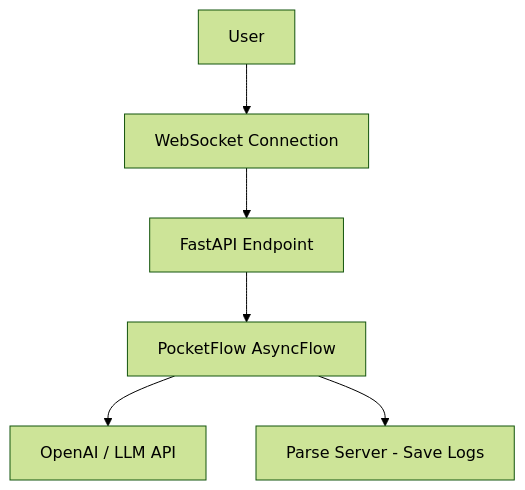
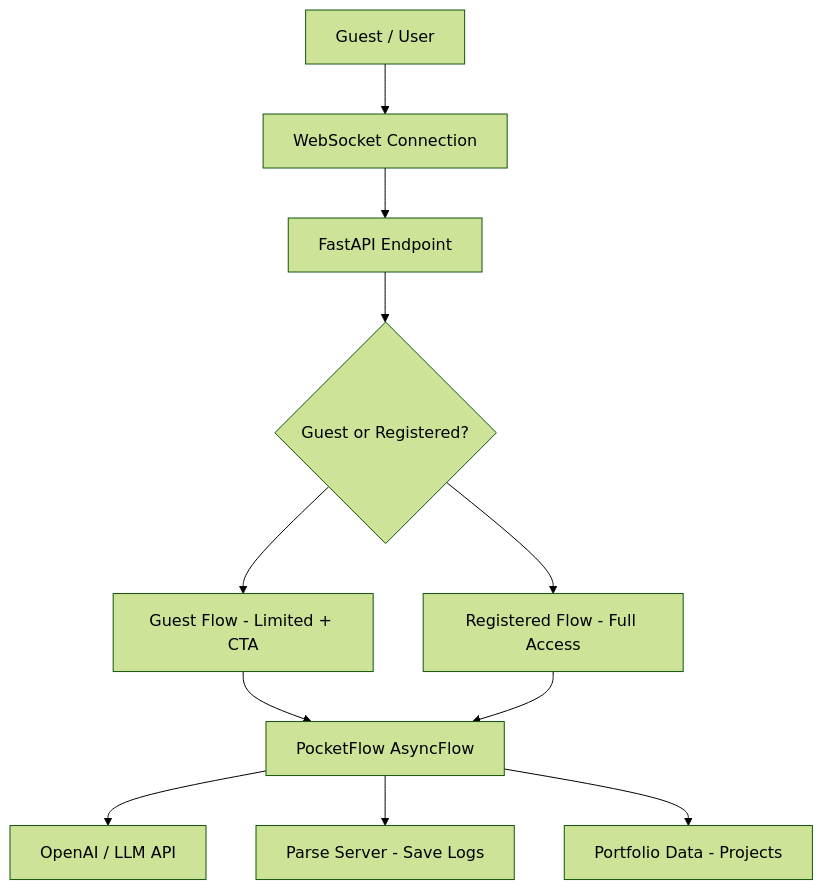
One commit to dirm02/bloggista changed the ninth of 14 diagrams in expansion.md. Above: the diagram before and after it, drawn with Mermaid (forest theme). The commit also changed other lines of this file, not shown here.

````diff
--- a/expansion.md
+++ b/expansion.md
@@ -225,8 +319,13 @@
 ```mermaid
 flowchart TB
-    User[User] --> WebSocket[WebSocket Connection]
+    Guest[Guest / User] --> WebSocket[WebSocket Connection]
     WebSocket --> FastAPI[FastAPI Endpoint]
-    FastAPI --> PocketFlow[PocketFlow AsyncFlow]
+    FastAPI --> Guardrail{Guest or Registered?}
+    Guardrail --> GuestFlow[Guest Flow - Limited + CTA]
+    Guardrail --> RegFlow[Registered Flow - Full Access]
+    GuestFlow --> PocketFlow[PocketFlow AsyncFlow]
+    RegFlow --> PocketFlow
     PocketFlow --> LLM[OpenAI / LLM API]
     PocketFlow --> Parse[Parse Server - Save Logs]
+    PocketFlow --> PortfolioData[Portfolio Data - Projects]
 ```
````
